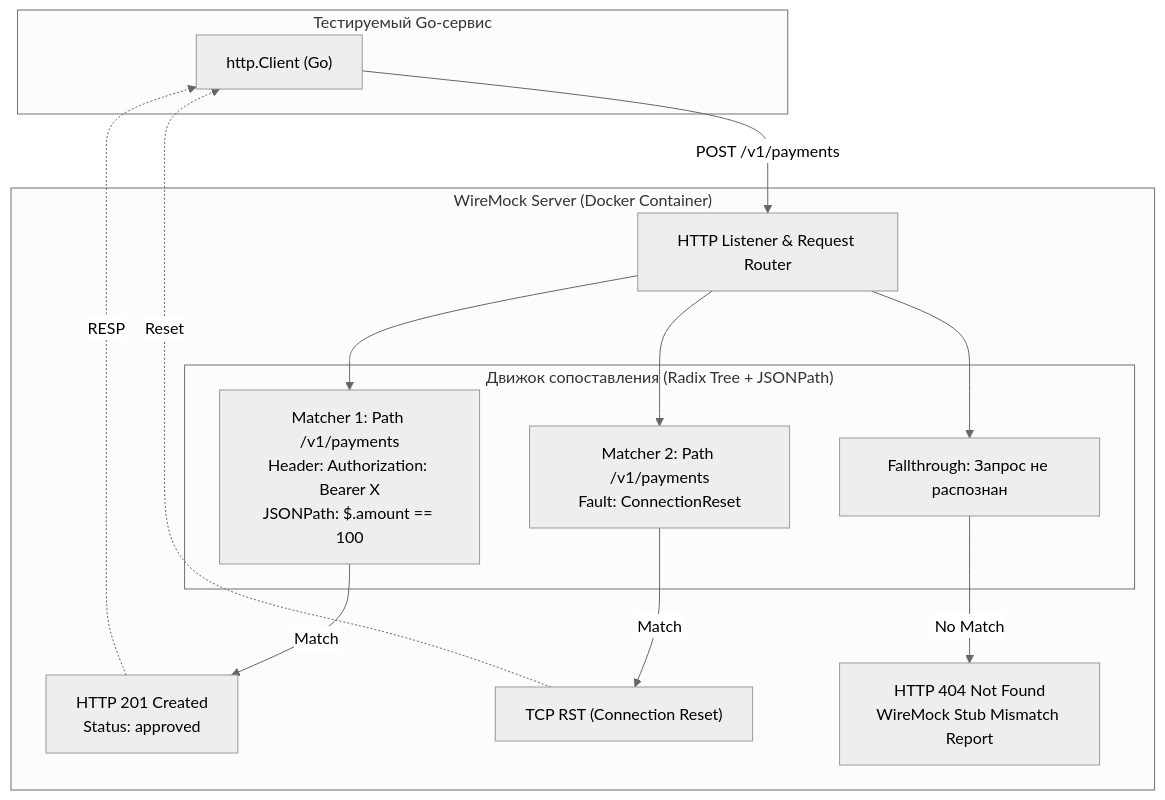
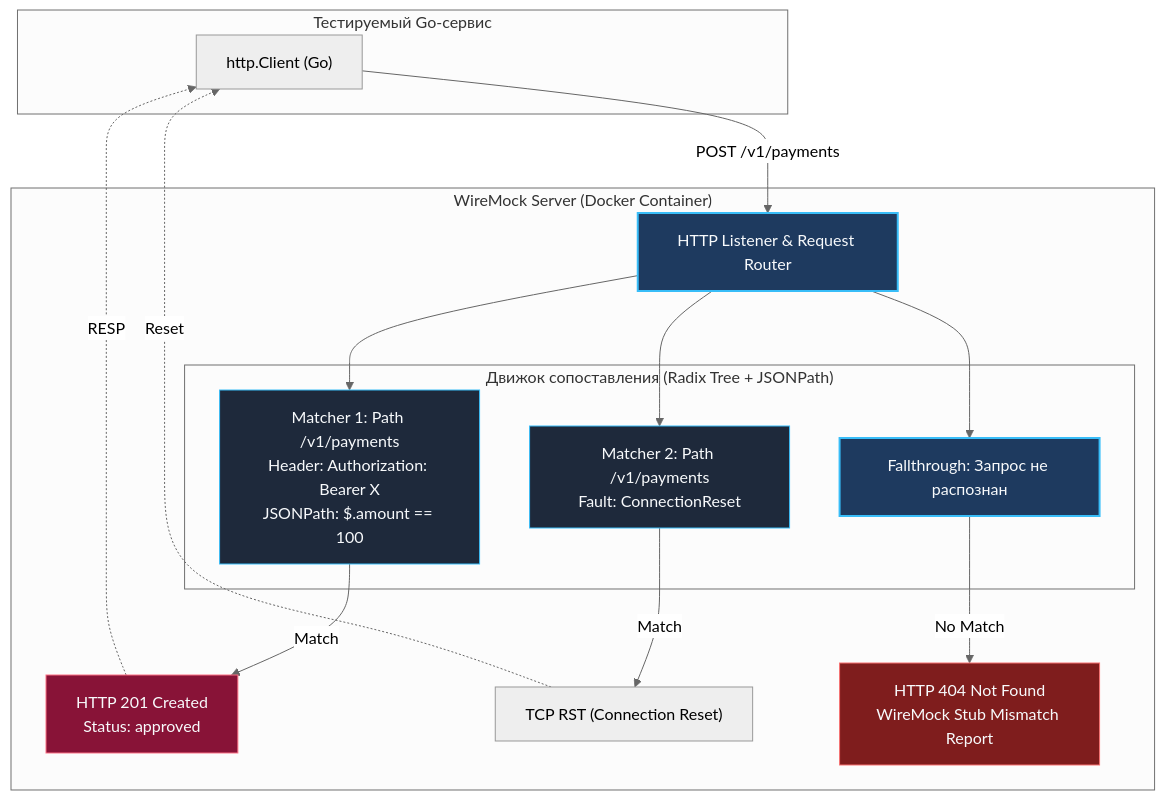
The diagram in sources/15. Тестирование в Go (QA & Testing)/05. Интеграционные тесты/10. Wiremock и HTTP mocking.md (UnrealTemplier/go-textbook), drawn with Mermaid (neutral theme) before and after one commit. The commit also changed 1666 other files, not shown here.

First line of the commit message:
feat(mermaid): add semantic color classDef to 1369 colorless flowchart/graph diagrams

````diff
--- a/sources/15. Тестирование в Go (QA & Testing)/05. Интеграционные тесты/10. Wiremock и HTTP mocking.md
+++ b/sources/15. Тестирование в Go (QA & Testing)/05. Интеграционные тесты/10. Wiremock и HTTP mocking.md
@@ -34,32 +34,42 @@
 ```mermaid
 flowchart TD
+    classDef process  fill:#1e293b,stroke:#38bdf8,stroke-width:1px,color:#f8fafc
+    classDef success  fill:#064e3b,stroke:#34d399,stroke-width:1px,color:#f8fafc
+    classDef error    fill:#7f1d1d,stroke:#f87171,stroke-width:1px,color:#f8fafc
+    classDef warning  fill:#78350f,stroke:#fbbf24,stroke-width:1px,color:#f8fafc
+    classDef entry    fill:#1e3a5f,stroke:#38bdf8,stroke-width:2px,color:#f8fafc
+    classDef aux      fill:#334155,stroke:#64748b,stroke-width:1px,color:#f8fafc
+    classDef system   fill:#312e81,stroke:#a78bfa,stroke-width:1px,color:#f8fafc
+    classDef data     fill:#132d29,stroke:#2dd4bf,stroke-width:1px,color:#f8fafc
+    classDef network  fill:#881337,stroke:#fb7185,stroke-width:1px,color:#f8fafc
+    classDef accent   fill:#1e1b4b,stroke:#818cf8,stroke-width:1px,color:#f8fafc
     subgraph TestApp["Тестируемый Go-сервис"]
         Client["http.Client (Go)"]
     end
 
     subgraph WireMockEngine["WireMock Server (Docker Container)"]
-        Router["HTTP Listener & Request Router"]
+        Router["HTTP Listener & Request Router"]:::entry
         
         subgraph MatchingPipeline["Движок сопоставления (Radix Tree + JSONPath)"]
-            M1["Matcher 1: Path /v1/payments<br>Header: Authorization: Bearer X<br>JSONPath: $.amount == 100"]
-            M2["Matcher 2: Path /v1/payments<br>Fault: ConnectionReset"]
-            MDefault["Fallthrough: Запрос не распознан"]
+            M1["Matcher 1: Path /v1/payments<br>Header: Authorization: Bearer X<br>JSONPath: $.amount == 100"]:::process
+            M2["Matcher 2: Path /v1/payments<br>Fault: ConnectionReset"]:::process
+            MDefault["Fallthrough: Запрос не распознан"]:::entry
         end
 
         Router --> M1
         Router --> M2
         Router --> MDefault
 
-        Resp1["HTTP 201 Created<br>Status: approved"]
+        Resp1["HTTP 201 Created<br>Status: approved"]:::network
         Resp2["TCP RST (Connection Reset)"]
-        Resp404["HTTP 404 Not Found<br>WireMock Stub Mismatch Report"]
+        Resp404["HTTP 404 Not Found<br>WireMock Stub Mismatch Report"]:::error
 
         M1 -->|"Match"| Resp1
         M2 -->|"Match"| Resp2
         MDefault -->|"No Match"| Resp404
     end
 
     Client -->|"POST /v1/payments"| Router
     Resp1 -.->|"RESP"| Client
     Resp2 -.->|"Reset"| Client
 ```
````
